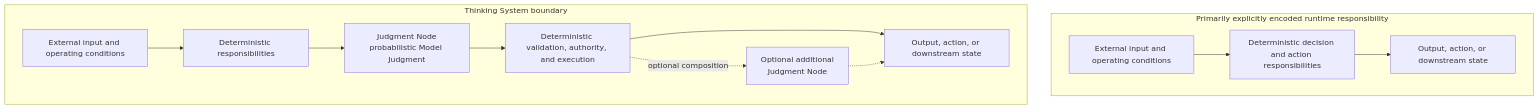
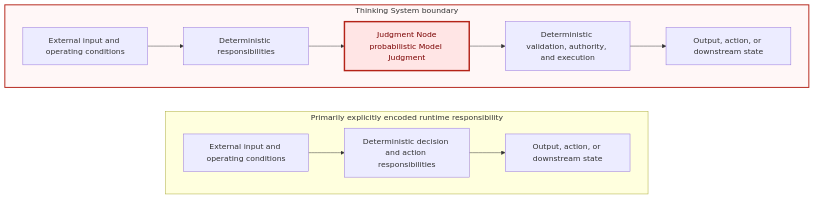
The third of 14 diagrams in content/research/notes/open-engineering-specification-article-draft.md (UncertaintyArchitectureGroup/uncertainty-architecture), drawn with Mermaid before and after one commit. The commit also changed other lines of this file and 2 other files, not shown here.

````diff
--- a/content/research/notes/open-engineering-specification-article-draft.md
+++ b/content/research/notes/open-engineering-specification-article-draft.md
@@ -157,21 +157,24 @@
 ```mermaid
-flowchart TB
+flowchart LR
     subgraph A["Primarily explicitly encoded runtime responsibility"]
+        direction LR
         A1[External input and operating conditions]
         A2[Deterministic decision and action responsibilities]
         A3[Output, action, or downstream state]
         A1 --> A2 --> A3
     end
 
     subgraph B["Thinking System boundary"]
+        direction LR
         B1[External input and operating conditions]
         B2[Deterministic responsibilities]
         J1["Judgment Node<br/>probabilistic Model Judgment"]
         B3[Deterministic validation, authority, and execution]
-        J2["Optional additional<br/>Judgment Node"]
         B4[Output, action, or downstream state]
+        B1 --> B2 --> J1 --> B3 --> B4
+    end
 
-        B1 --> B2 --> J1 --> B3 --> B4
-        B3 -. optional composition .-> J2 -.-> B4
-    end
+    classDef judgmentShift fill:#ffe5e5,stroke:#b42318,stroke-width:3px,color:#7a0000;
+    class J1 judgmentShift;
+    style B fill:#fff7f7,stroke:#b42318,stroke-width:2px
 ```
````
